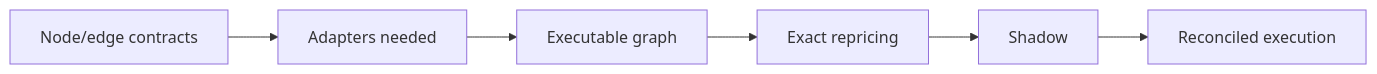
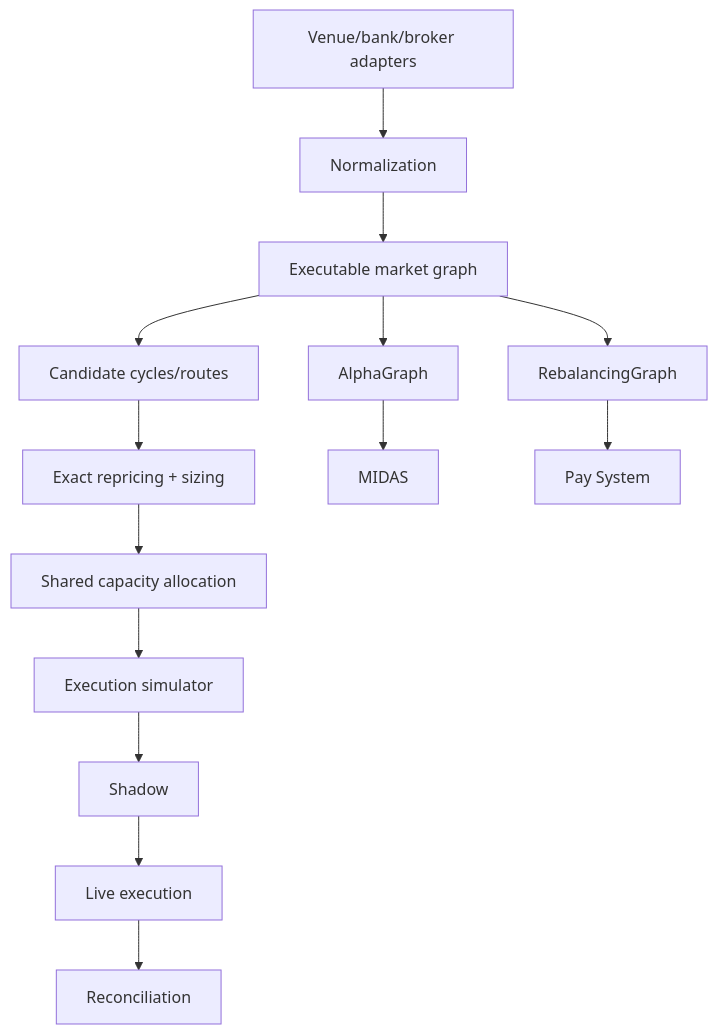
The diagram in README.md (Shtenco/synergy_algotrading_graph_system), drawn with Mermaid before and after one commit. The commit also changed other lines of this file, not shown here.

````diff
--- a/README.md
+++ b/README.md
@@ -100,8 +109,17 @@
 ```mermaid
-flowchart LR
-    SPEC[Node/edge contracts] --> ADAPT[Adapters needed]
-    ADAPT --> GRAPH[Executable graph]
-    GRAPH --> REPRICE[Exact repricing]
-    REPRICE --> SHADOW[Shadow]
-    SHADOW --> REC[Reconciled execution]
+flowchart TD
+    A[Venue/bank/broker adapters] --> N[Normalization]
+    N --> G[Executable market graph]
+    G --> C[Candidate cycles/routes]
+    C --> R[Exact repricing + sizing]
+    R --> CAP[Shared capacity allocation]
+    CAP --> SIM[Execution simulator]
+    SIM --> SH[Shadow]
+    SH --> LIVE[Live execution]
+    LIVE --> REC[Reconciliation]
+
+    G --> AG[AlphaGraph]
+    G --> RG[RebalancingGraph]
+    AG --> MIDAS[MIDAS]
+    RG --> PAY[Pay System]
 ```
````
